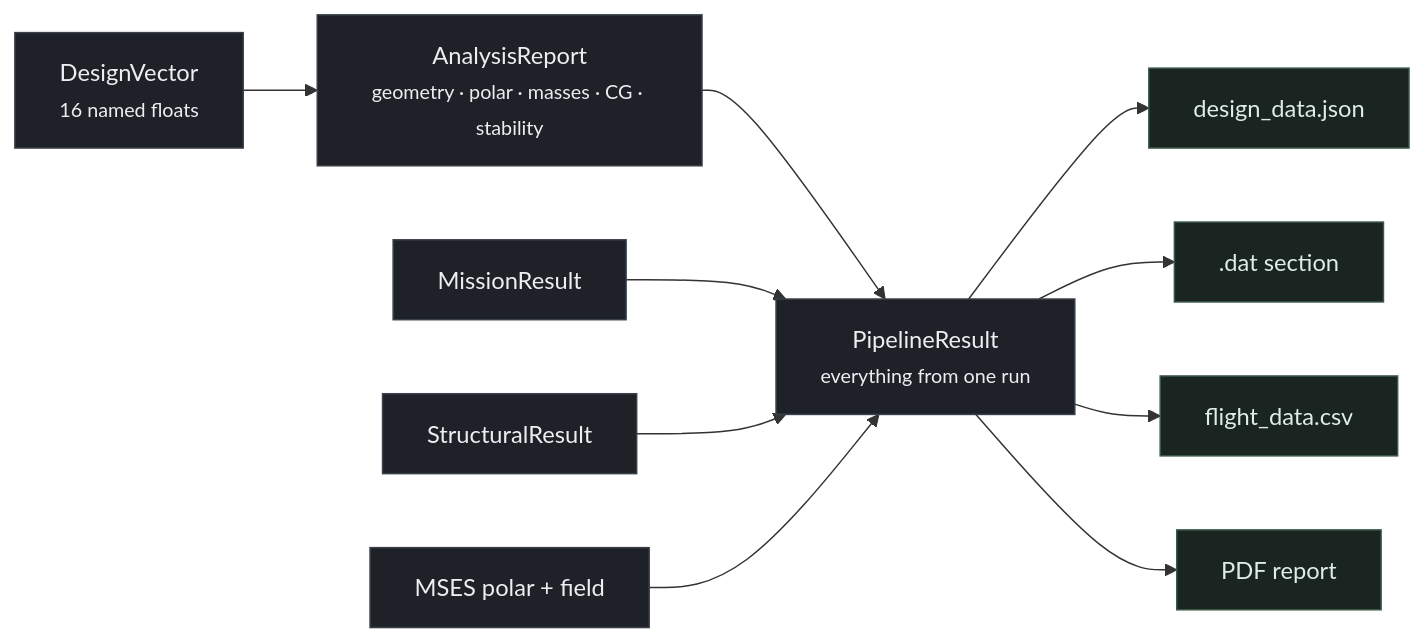
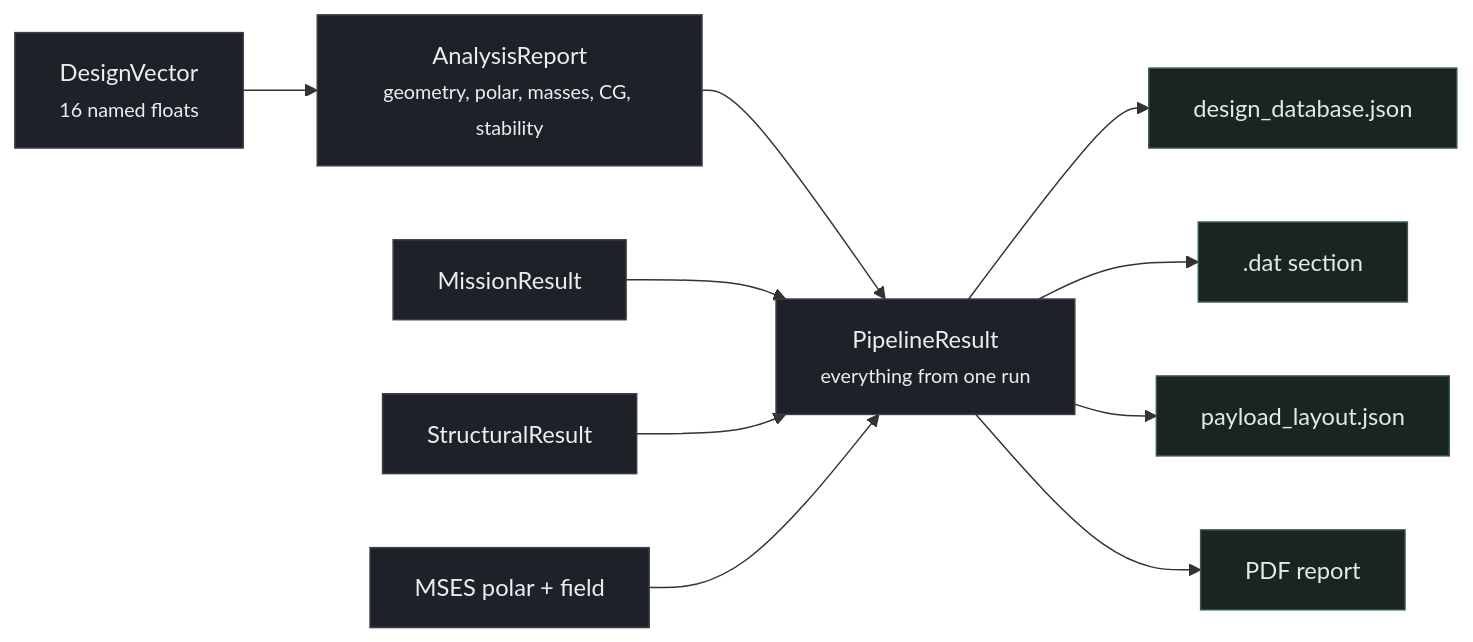
The second of 2 diagrams in site/docs-site/docs/pipeline-diagram.md (MarcosQuirogaR/ALAS), drawn with Mermaid before and after one commit. The commit also changed other lines of this file and 215 other files, not shown here.

````diff
--- a/site/docs-site/docs/pipeline-diagram.md
+++ b/site/docs-site/docs/pipeline-diagram.md
@@ -89,21 +94,21 @@
 ```mermaid
 flowchart LR
     DV["DesignVector<br/><small>16 named floats</small>"]
-    AR["AnalysisReport<br/><small>geometry · polar · masses · CG · stability</small>"]
+    AR["AnalysisReport<br/><small>geometry, polar, masses, CG, stability</small>"]
     PR["PipelineResult<br/><small>everything from one run</small>"]
 
     DV --> AR --> PR
     MR["MissionResult"] --> PR
     SR["StructuralResult"] --> PR
     MS["MSES polar + field"] --> PR
 
-    PR --> J["design_data.json"]
+    PR --> J["design_database.json"]
     PR --> D[".dat section"]
-    PR --> C["flight_data.csv"]
+    PR --> C["payload_layout.json"]
     PR --> P["PDF report"]
 
     classDef obj fill:#1e2228,stroke:#3a4048,color:#eceef2;
     classDef out fill:#1a2420,stroke:#3a5a48,color:#dceee6;
     class DV,AR,PR,MR,SR,MS obj;
     class J,D,C,P out;
 ```
````
